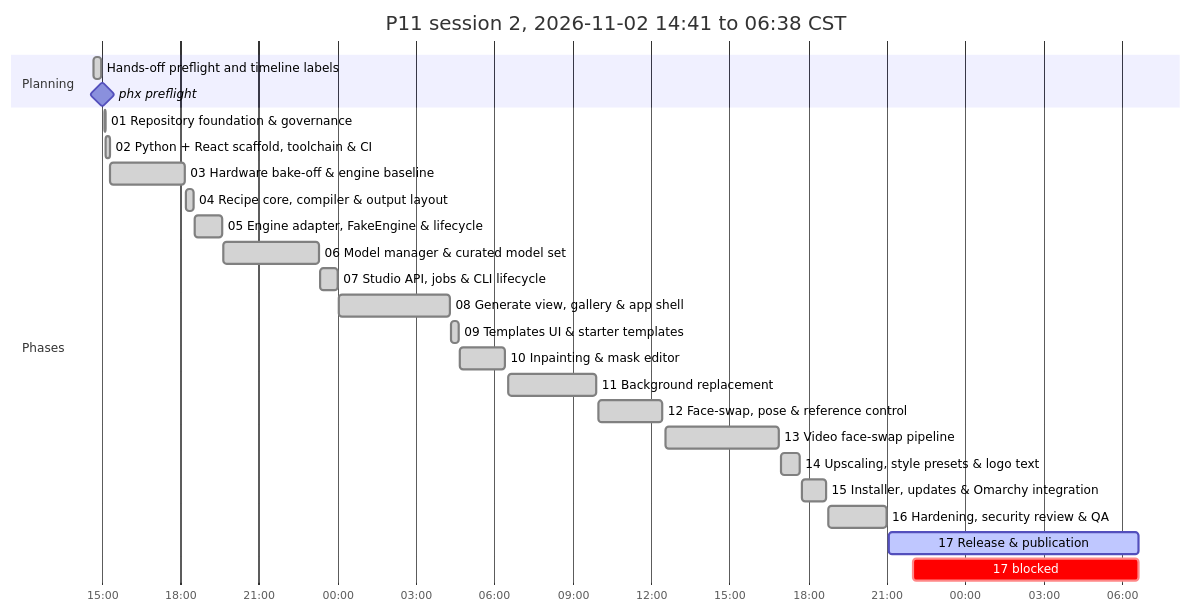
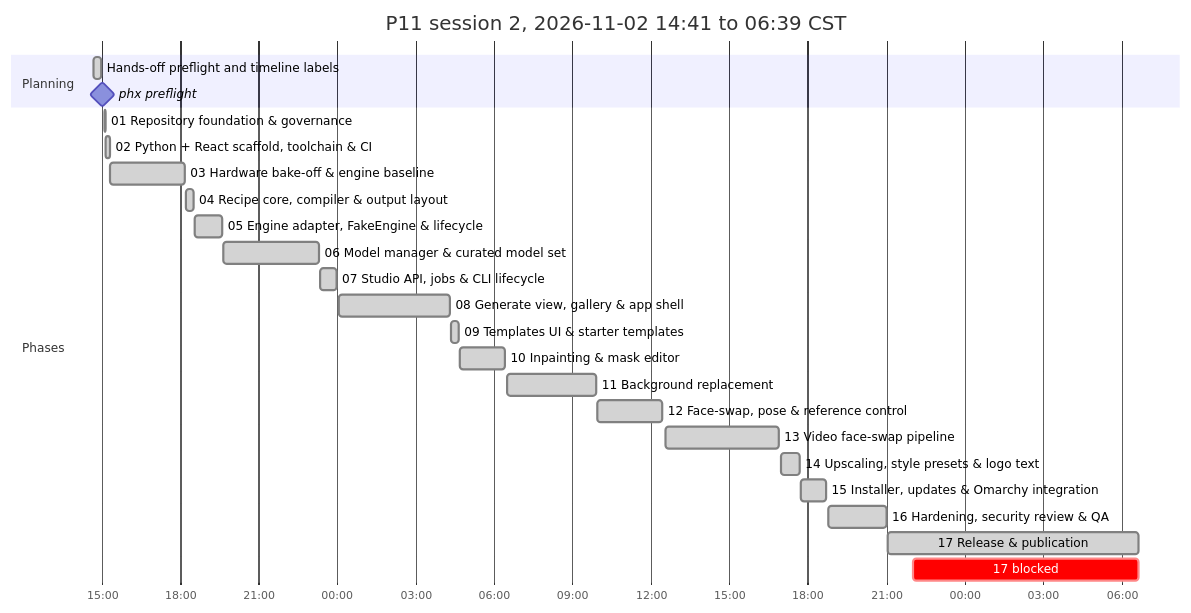
One commit to antonizick/project1111 changed the second of 2 diagrams in P11_IMPLEMENTATION_PLAN.md. Above: the diagram before and after it, drawn with Mermaid. The commit also changed other lines of this file and 2 other files, not shown here.

Commit message:
docs(plan): refresh timeline

````diff
--- a/P11_IMPLEMENTATION_PLAN.md
+++ b/P11_IMPLEMENTATION_PLAN.md
@@ -74,28 +74,28 @@
 ```mermaid
 gantt
-    title P11 session 2, 2026-11-02 14:41 to 06:38 CST
+    title P11 session 2, 2026-11-02 14:41 to 06:39 CST
     dateFormat YYYY-MM-DD HH:mm
     axisFormat %H:%M
     section Planning
     Hands-off preflight and timeline labels :done, plan3, 2026-11-02 14:41, 2026-11-02 14:59
     phx preflight :milestone, pf13ee0d5, 2026-11-02 15:00, 0m
     section Phases
     01 Repository foundation & governance :done, p01s2, 2026-11-02 15:05, 2026-11-02 15:08
     02 Python + React scaffold, toolchain & CI :done, p02s2, 2026-11-02 15:09, 2026-11-02 15:18
     03 Hardware bake-off & engine baseline :done, p03s2, 2026-11-02 15:19, 2026-11-02 18:10
     04 Recipe core, compiler & output layout :done, p04s2, 2026-11-02 18:12, 2026-11-02 18:30
     05 Engine adapter, FakeEngine & lifecycle :done, p05s2, 2026-11-02 18:32, 2026-11-02 19:37
     06 Model manager & curated model set :done, p06s2, 2026-11-02 19:39, 2026-11-02 23:18
     07 Studio API, jobs & CLI lifecycle :done, p07s2, 2026-11-02 23:21, 2026-11-03 00:00
     08 Generate view, gallery & app shell :done, p08s2, 2026-11-03 00:03, 2026-11-03 04:18
     09 Templates UI & starter templates :done, p09s2, 2026-11-03 04:21, 2026-11-03 04:38
     10 Inpainting & mask editor :done, p10s2, 2026-11-03 04:41, 2026-11-03 06:25
     11 Background replacement :done, p11s2, 2026-11-03 06:31, 2026-11-03 09:55
     12 Face-swap, pose & reference control :done, p12s2, 2026-11-03 09:58, 2026-11-03 12:25
     13 Video face-swap pipeline :done, p13s2, 2026-11-03 12:34, 2026-11-03 16:54
     14 Upscaling, style presets & logo text :done, p14s2, 2026-11-03 16:58, 2026-11-03 17:41
     15 Installer, updates & Omarchy integration :done, p15s2, 2026-11-03 17:45, 2026-11-03 18:42
     16 Hardening, security review & QA :done, p16s2, 2026-11-03 18:46, 2026-11-03 21:00
-    17 Release & publication :active, p17s2, 2026-11-03 21:04, 2026-11-04 06:38
+    17 Release & publication :done, p17s2, 2026-11-03 21:04, 2026-11-04 06:39
     17 blocked :crit, p17w1s2, 2026-11-03 22:01, 2026-11-04 06:38
 ```
````
